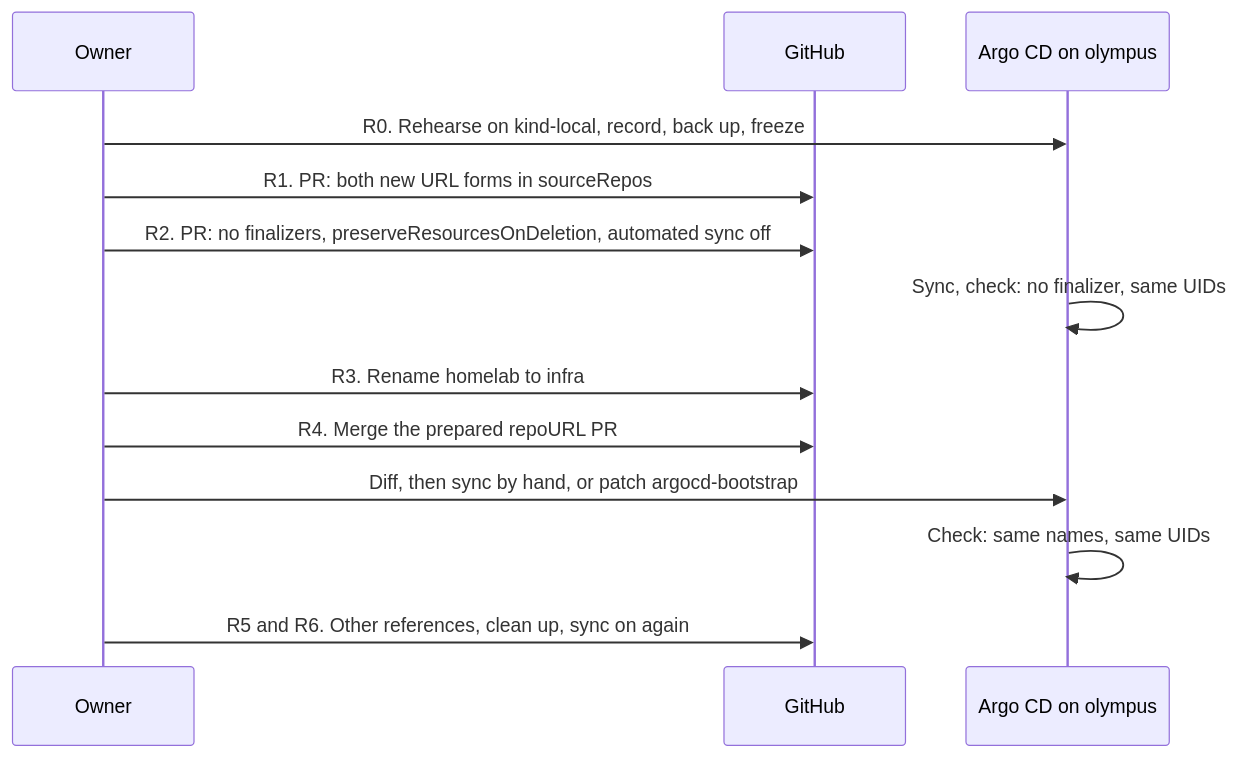
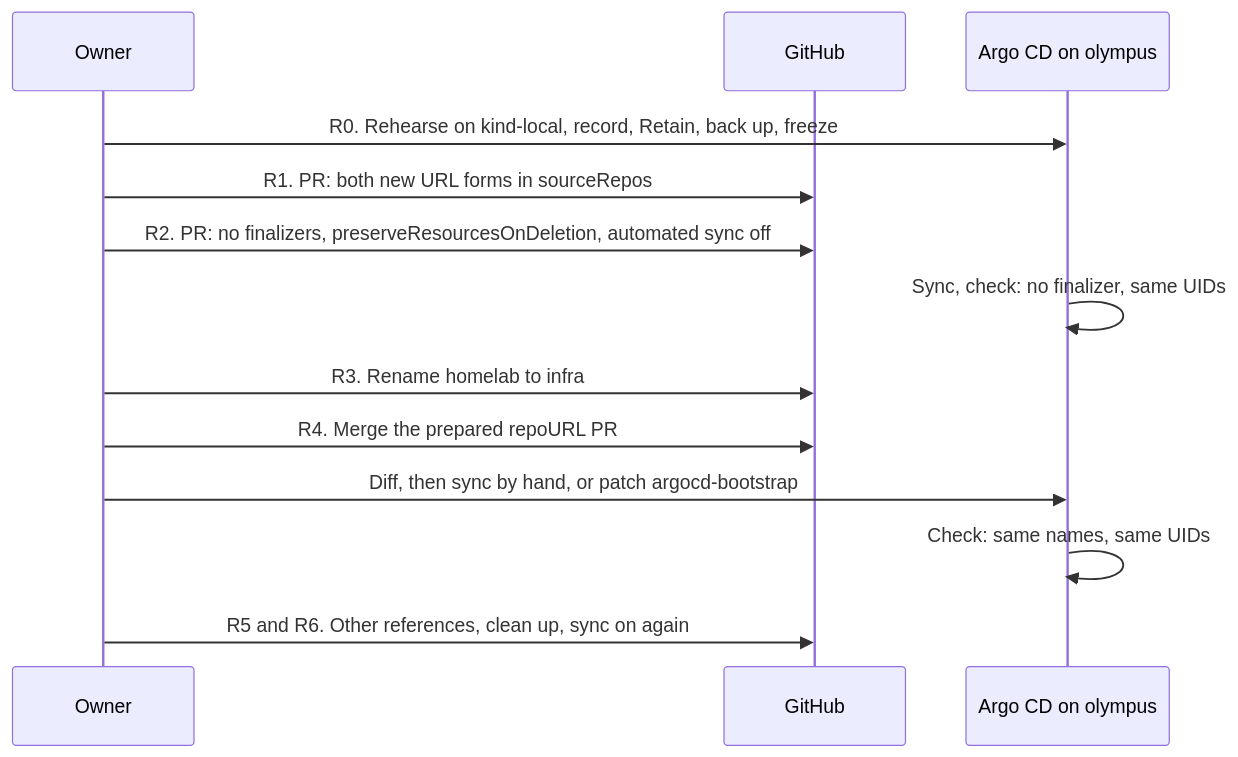
The second of 2 diagrams in docs/records/rfcs/0005-repository-scope-and-naming.md (gsuquet/homelab), drawn with Mermaid before and after one commit. The commit also changed other lines of this file, not shown here.

````diff
--- a/docs/records/rfcs/0005-repository-scope-and-naming.md
+++ b/docs/records/rfcs/0005-repository-scope-and-naming.md
@@ -327,15 +298,15 @@
 ```mermaid
 sequenceDiagram
     participant O as Owner
     participant G as GitHub
     participant A as Argo CD on olympus
-    O->>A: R0. Rehearse on kind-local, record, back up, freeze
+    O->>A: R0. Rehearse on kind-local, record, Retain, back up, freeze
     O->>G: R1. PR: both new URL forms in sourceRepos
     O->>G: R2. PR: no finalizers, preserveResourcesOnDeletion, automated sync off
     A->>A: Sync, check: no finalizer, same UIDs
     O->>G: R3. Rename homelab to infra
     O->>G: R4. Merge the prepared repoURL PR
     O->>A: Diff, then sync by hand, or patch argocd-bootstrap
     A->>A: Check: same names, same UIDs
     O->>G: R5 and R6. Other references, clean up, sync on again
 ```
````
